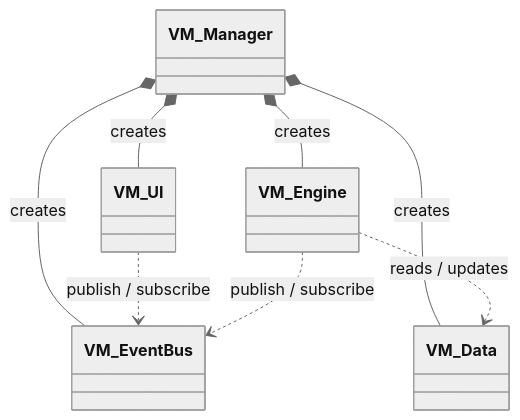
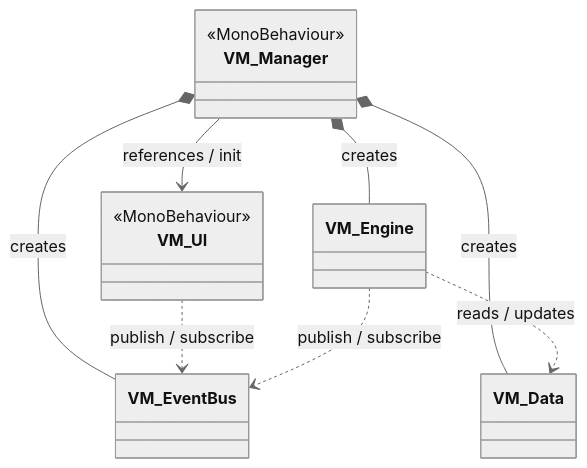
Before and after one commit to jms9896/Mybenefit_PreTest: the first of 6 diagrams in README.md, drawn with Mermaid (neutral theme). The commit also changed other lines of this file, not shown here.

Commit message:
20260614 - [클래스, 시퀀스] 다이어그램 수정

````diff
--- a/README.md
+++ b/README.md
@@ -118,16 +114,21 @@
     ```mermaid
     classDiagram
-        class VM_Manager
+        class VM_Manager {
+            <<MonoBehaviour>>
+        }
+        class VM_UI {
+            <<MonoBehaviour>>
+        }
         class VM_EventBus
         class VM_Data
         class VM_Engine
-        class VM_UI
 
         VM_Manager *-- VM_EventBus : creates
         VM_Manager *-- VM_Data : creates
         VM_Manager *-- VM_Engine : creates
-        VM_Manager *-- VM_UI : creates
+        VM_Manager --> VM_UI : references / init
         VM_Engine ..> VM_Data : reads / updates
         VM_UI ..> VM_EventBus : publish / subscribe
         VM_Engine ..> VM_EventBus : publish / subscribe
+
     ```
````
